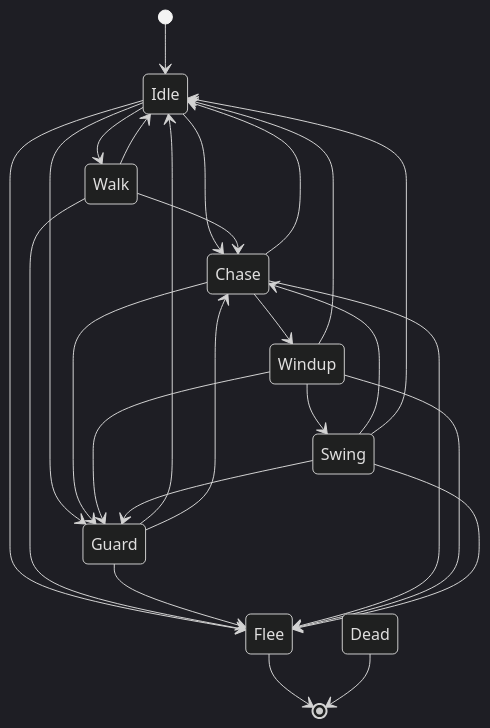
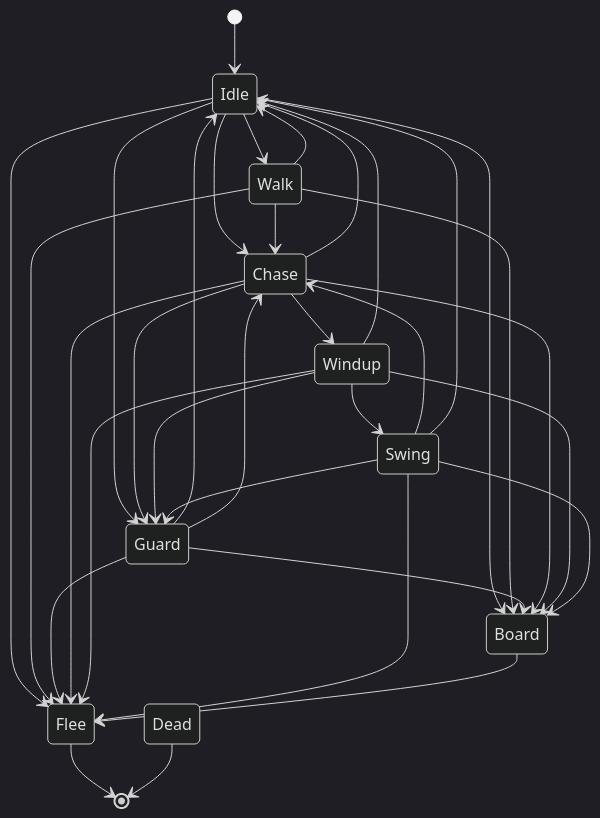
One commit to Kobu-Labs/drycastle changed diagram 14 of 39 in docs/state-machines.md. Above: the diagram before and after it, drawn with Mermaid (dark theme). The commit also changed other lines of this file and 30 other files, not shown here.

First line of the commit message:
Thieves 03: Raid van, road graph, Raid sequence

````diff
--- a/docs/state-machines.md
+++ b/docs/state-machines.md
@@ -357,28 +357,35 @@
 ```mermaid
 stateDiagram-v2
     [*] --> Idle
     Idle --> Walk
     Idle --> Guard
     Idle --> Chase
     Idle --> Flee
+    Idle --> Board
     Walk --> Idle
     Walk --> Chase
     Walk --> Flee
+    Walk --> Board
     Guard --> Idle
     Guard --> Chase
     Guard --> Flee
+    Guard --> Board
     Chase --> Windup
     Chase --> Idle
     Chase --> Guard
     Chase --> Flee
+    Chase --> Board
     Windup --> Swing
     Windup --> Idle
     Windup --> Guard
     Windup --> Flee
+    Windup --> Board
     Swing --> Chase
     Swing --> Idle
     Swing --> Guard
     Swing --> Flee
+    Swing --> Board
+    Board --> Flee
     Flee --> [*]
     Dead --> [*]
 ```
````
